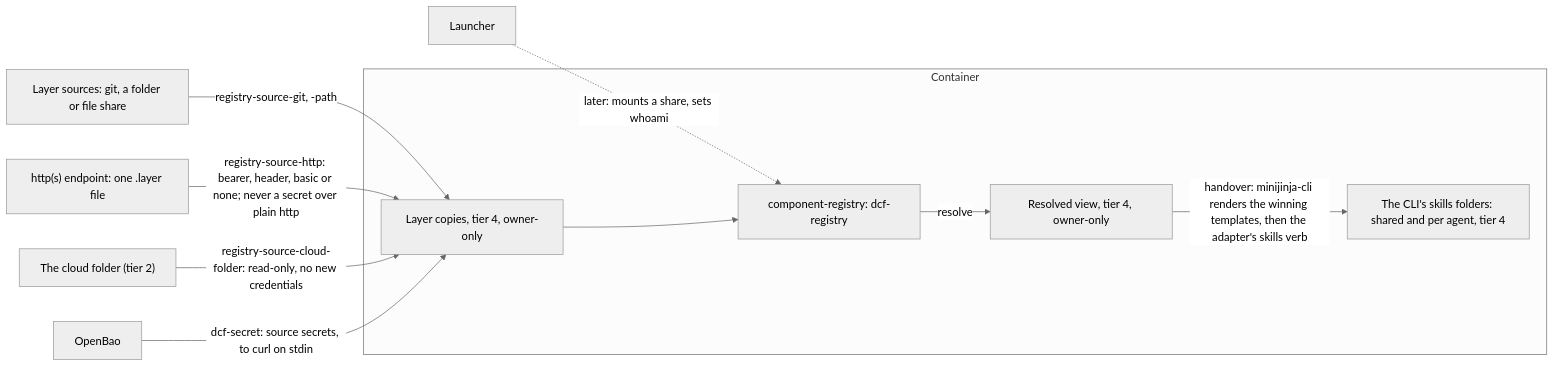
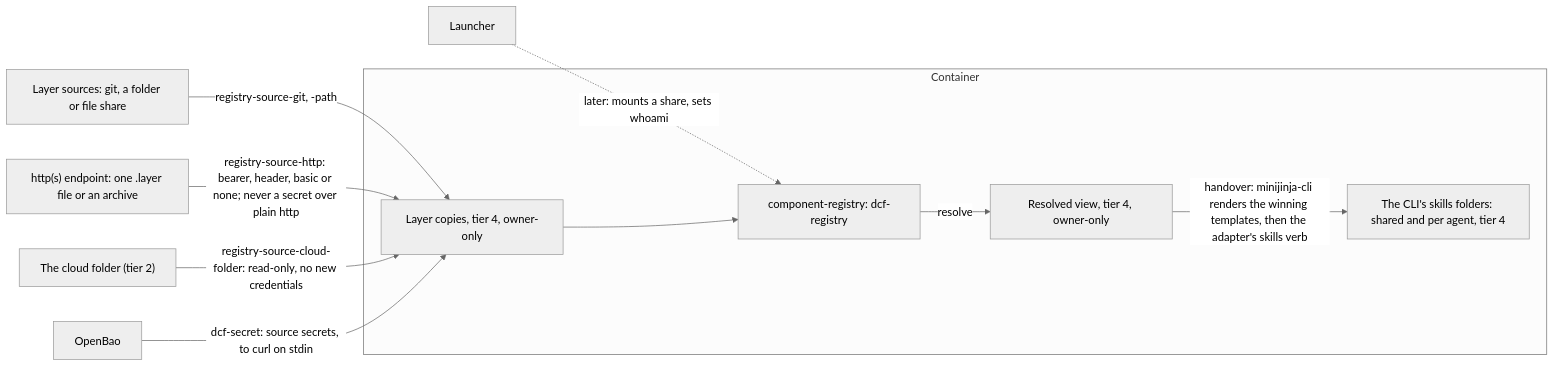
One commit to nabil-becker/devcontainer-features changed diagram 12 of 13 in docs/architecture/data-flows.md. Above: the diagram before and after it, drawn with Mermaid (neutral theme). The commit also changed other lines of this file and 13 other files, not shown here.

First line of the commit message:
feat(component-registry): a git path and http archives as layers (component-registry 2.2.0; layer-source-folders) (#241)

````diff
--- a/docs/architecture/data-flows.md
+++ b/docs/architecture/data-flows.md
@@ -407,22 +407,22 @@
 ```mermaid
 flowchart LR
   external-sources["Layer sources: git, a folder or file share"]
-  external-http["http(s) endpoint: one .layer file"]
+  external-http["http(s) endpoint: one .layer file or an archive"]
   external-cloud["The cloud folder (tier 2)"]
   master-of-secrets["OpenBao"]
   subgraph external-zone-ct["Container"]
     component-registry["component-registry: dcf-registry"]
     external-copies["Layer copies, tier 4, owner-only"]
     external-view["Resolved view, tier 4, owner-only"]
     external-cli-skills["The CLI's skills folders: shared and per agent, tier 4"]
   end
   launcher["Launcher"]
   external-sources -->|registry-source-git, -path| external-copies
   external-http -->|registry-source-http: bearer, header, basic or none; never a secret over plain http| external-copies
   external-cloud -->|registry-source-cloud-folder: read-only, no new credentials| external-copies
   master-of-secrets -->|dcf-secret: source secrets, to curl on stdin| external-copies
   launcher -.->|later: mounts a share, sets whoami| component-registry
   external-copies --> component-registry
   component-registry -->|resolve| external-view
   external-view -->|handover: minijinja-cli renders the winning templates, then the adapter's skills verb| external-cli-skills
 ```
````
